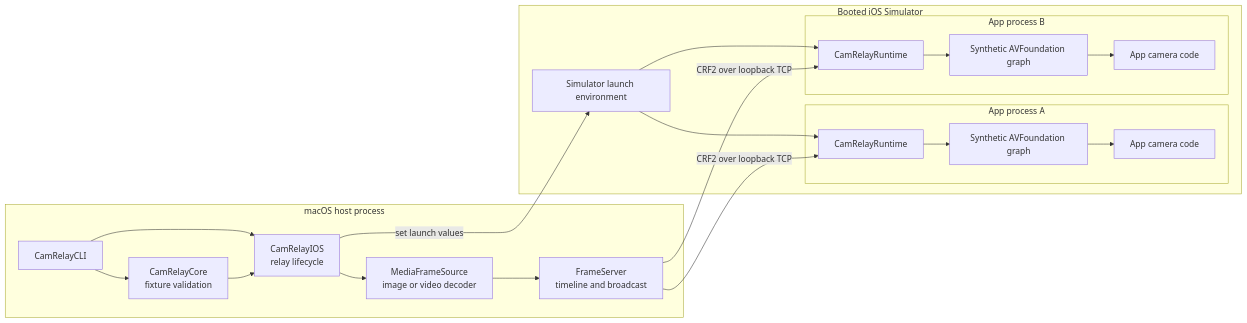
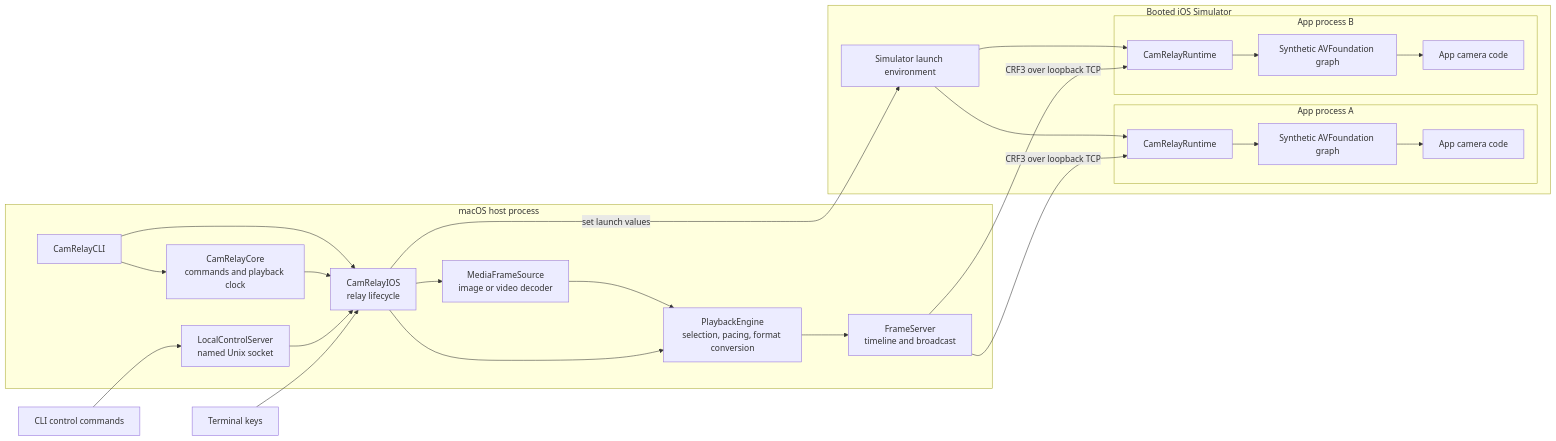
Before and after one commit to cerebruminc/camrelay: the first of 4 diagrams in ARCHITECTURE.md, drawn with Mermaid. The commit also changed other lines of this file and 29 other files, not shown here.

````diff
--- a/ARCHITECTURE.md
+++ b/ARCHITECTURE.md
@@ -23,41 +23,47 @@
 ```mermaid
 flowchart LR
     subgraph Host["macOS host process"]
         CLI["CamRelayCLI"]
-        Core["CamRelayCore<br/>fixture validation"]
+        Core["CamRelayCore<br/>commands and playback clock"]
+        Control["LocalControlServer<br/>named Unix socket"]
+        Engine["PlaybackEngine<br/>selection, pacing, format conversion"]
         Relay["CamRelayIOS<br/>relay lifecycle"]
         Source["MediaFrameSource<br/>image or video decoder"]
         Server["FrameServer<br/>timeline and broadcast"]
 
         CLI --> Core
         CLI --> Relay
         Core --> Relay
         Relay --> Source
-        Source --> Server
+        Source --> Engine --> Server
+        Control --> Relay
+        Relay --> Engine
     end
 
     subgraph Simulator["Booted iOS Simulator"]
         LaunchEnv["Simulator launch environment"]
 
         subgraph AppA["App process A"]
             RuntimeA["CamRelayRuntime"]
             AVFA["Synthetic AVFoundation graph"]
             ConsumerA["App camera code"]
             RuntimeA --> AVFA --> ConsumerA
         end
 
         subgraph AppB["App process B"]
             RuntimeB["CamRelayRuntime"]
             AVFB["Synthetic AVFoundation graph"]
             ConsumerB["App camera code"]
             RuntimeB --> AVFB --> ConsumerB
         end
 
         LaunchEnv --> RuntimeA
         LaunchEnv --> RuntimeB
     end
 
     Relay -->|"set launch values"| LaunchEnv
-    Server -->|"CRF2 over loopback TCP"| RuntimeA
-    Server -->|"CRF2 over loopback TCP"| RuntimeB
+    Commands["CLI control commands"] --> Control
+    Keys["Terminal keys"] --> Relay
+    Server -->|"CRF3 over loopback TCP"| RuntimeA
+    Server -->|"CRF3 over loopback TCP"| RuntimeB
 ```
````
